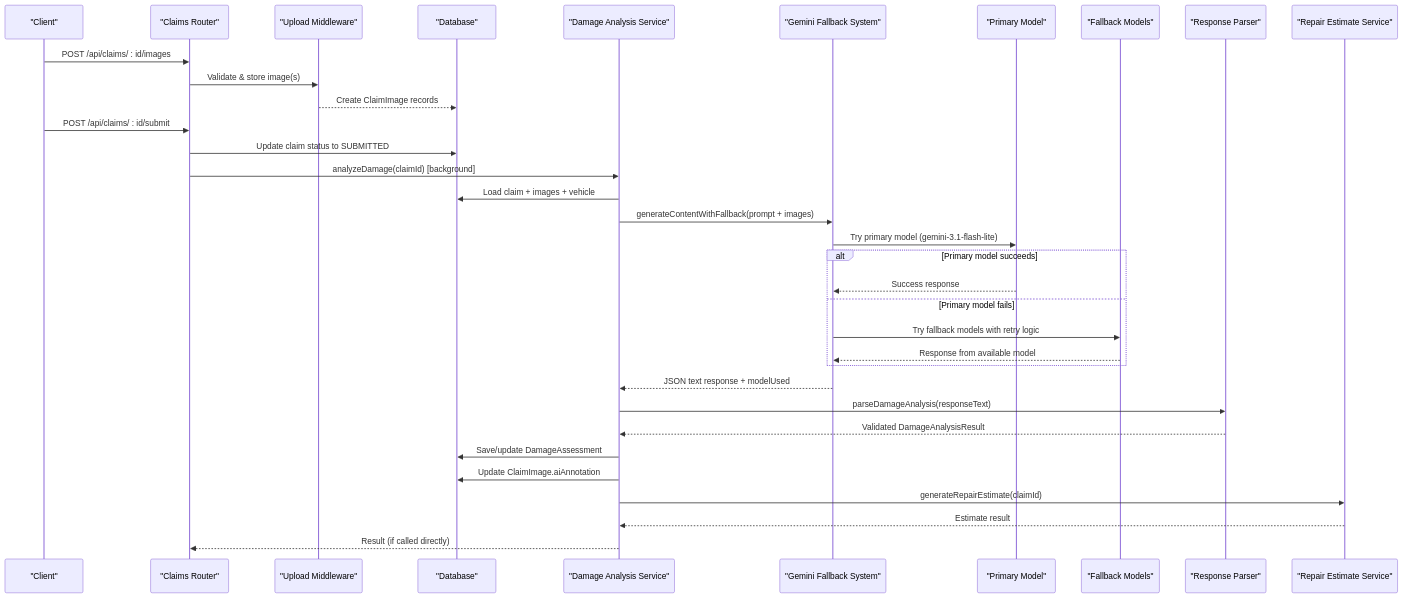
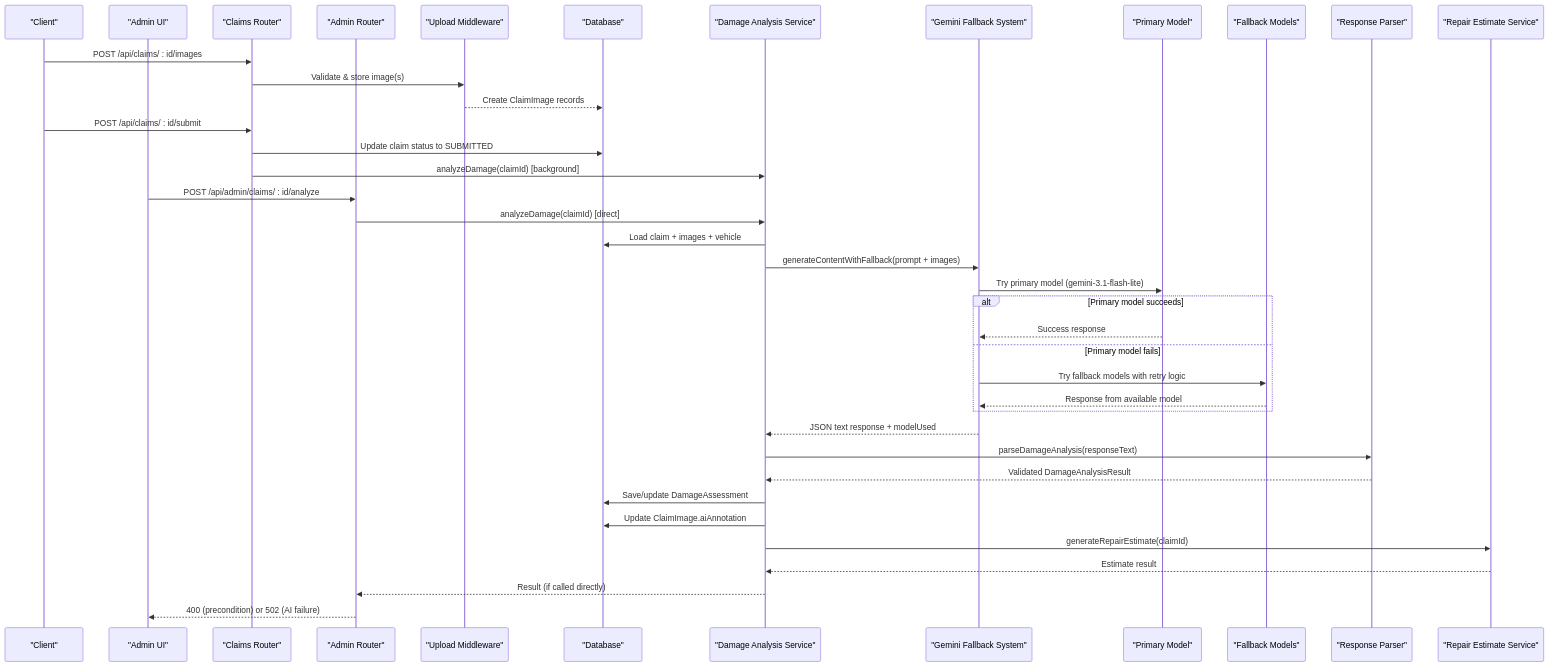
Before and after one commit to NaveenHiranya/Smart-Vehicle-Insurance-Claim-System: the second of 3 diagrams in .qoder/repowiki/en/content/AI Services Integration/Damage Analysis Service.md, drawn with Mermaid. The commit also changed other lines of this file and 38 other files, not shown here.

````diff
--- a/.qoder/repowiki/en/content/AI Services Integration/Damage Analysis Service.md
+++ b/.qoder/repowiki/en/content/AI Services Integration/Damage Analysis Service.md
@@ -97,36 +106,41 @@
 ```mermaid
 sequenceDiagram
 participant Client as "Client"
-participant Router as "Claims Router"
+participant AdminUI as "Admin UI"
+participant ClaimsRouter as "Claims Router"
+participant AdminRouter as "Admin Router"
 participant Multer as "Upload Middleware"
 participant DB as "Database"
 participant Service as "Damage Analysis Service"
 participant Fallback as "Gemini Fallback System"
 participant Model1 as "Primary Model"
 participant Model2 as "Fallback Models"
 participant Parser as "Response Parser"
 participant Estimator as "Repair Estimate Service"
-Client->>Router : POST /api/claims/ : id/images
-Router->>Multer : Validate & store image(s)
+Client->>ClaimsRouter : POST /api/claims/ : id/images
+ClaimsRouter->>Multer : Validate & store image(s)
 Multer-->>DB : Create ClaimImage records
-Client->>Router : POST /api/claims/ : id/submit
-Router->>DB : Update claim status to SUBMITTED
-Router->>Service : analyzeDamage(claimId) [background]
+Client->>ClaimsRouter : POST /api/claims/ : id/submit
+ClaimsRouter->>DB : Update claim status to SUBMITTED
+ClaimsRouter->>Service : analyzeDamage(claimId) [background]
+AdminUI->>AdminRouter : POST /api/admin/claims/ : id/analyze
+AdminRouter->>Service : analyzeDamage(claimId) [direct]
 Service->>DB : Load claim + images + vehicle
 Service->>Fallback : generateContentWithFallback(prompt + images)
 Fallback->>Model1 : Try primary model (gemini-3.1-flash-lite)
 alt Primary model succeeds
 Model1-->>Fallback : Success response
 else Primary model fails
 Fallback->>Model2 : Try fallback models with retry logic
 Model2-->>Fallback : Response from available model
 end
 Fallback-->>Service : JSON text response + modelUsed
 Service->>Parser : parseDamageAnalysis(responseText)
 Parser-->>Service : Validated DamageAnalysisResult
 Service->>DB : Save/update DamageAssessment
 Service->>DB : Update ClaimImage.aiAnnotation
 Service->>Estimator : generateRepairEstimate(claimId)
 Estimator-->>Service : Estimate result
-Service-->>Router : Result (if called directly)
+Service-->>AdminRouter : Result (if called directly)
+AdminRouter-->>AdminUI : 400 (precondition) or 502 (AI failure)
 ```
````
